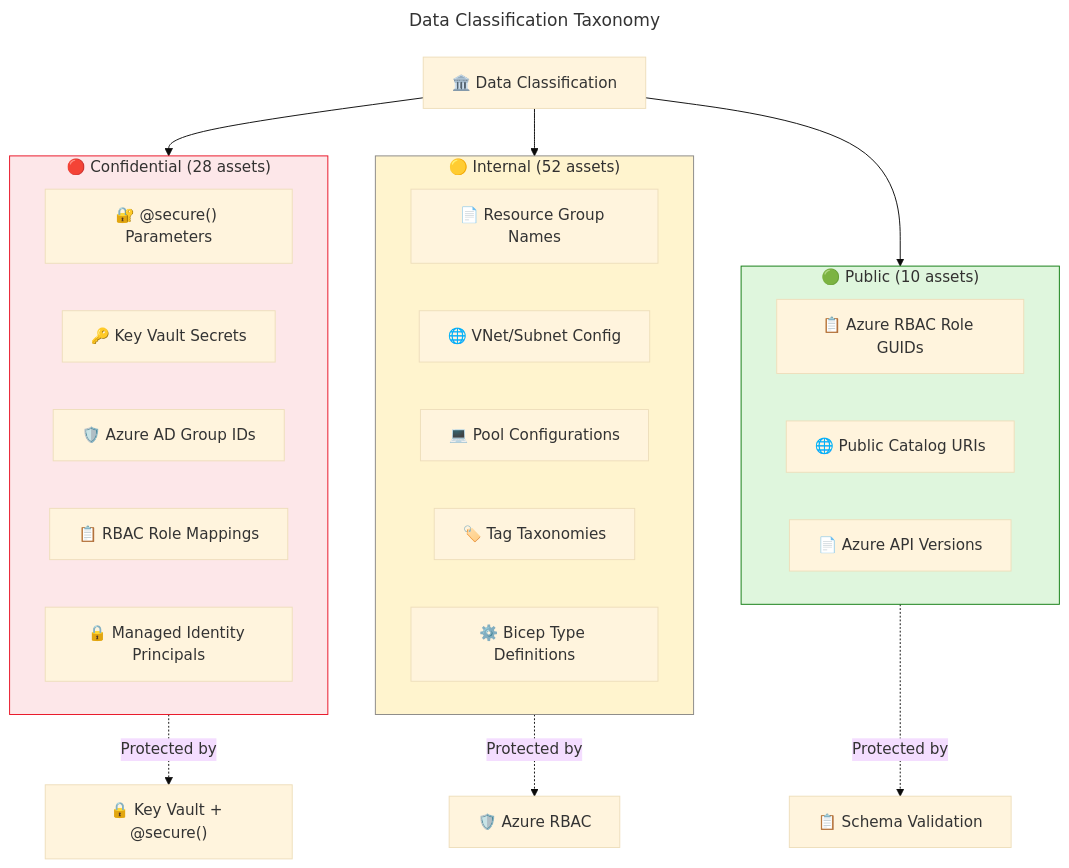
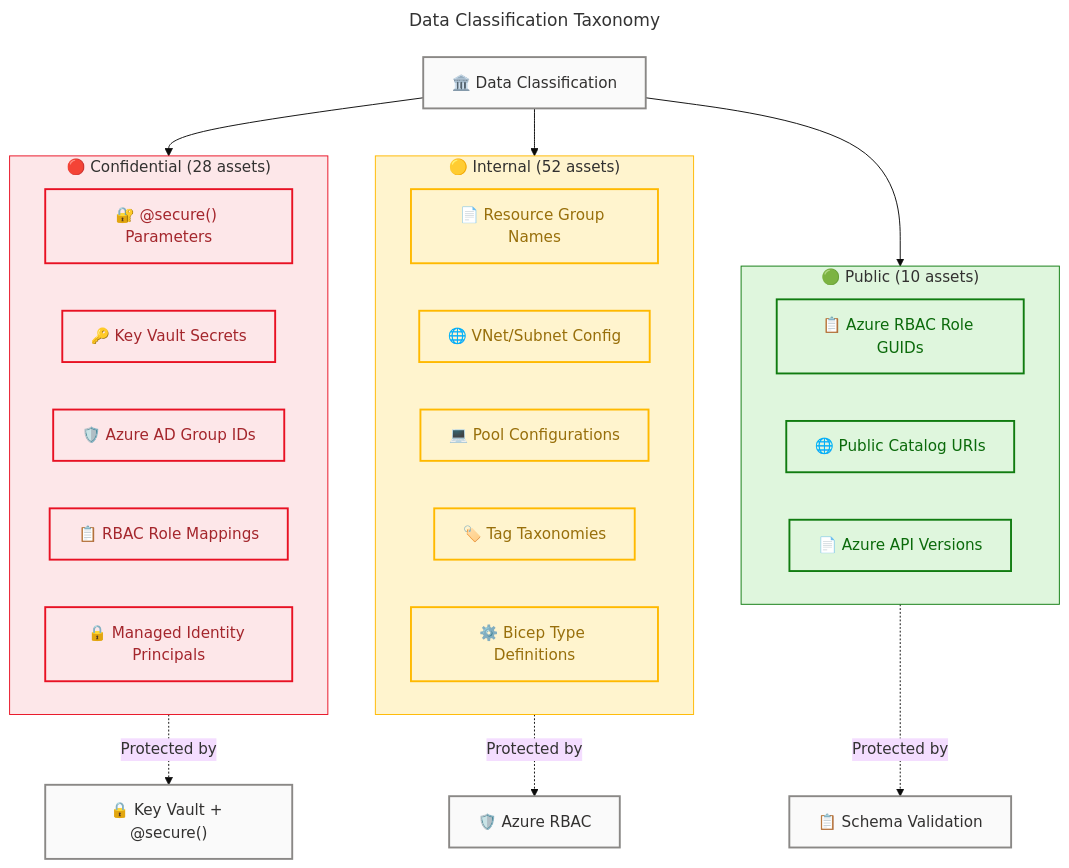
One commit to Evilazaro/DevExp-DevBox changed the fourth of 9 diagrams in docs/architecture/data-architecture.md. Above: the diagram before and after it, drawn with Mermaid.

Commit message:
style: enhance flowchart color coding for data classification taxonomy to improve clarity

````diff
--- a/docs/architecture/data-architecture.md
+++ b/docs/architecture/data-architecture.md
@@ -458,60 +458,65 @@
 ```mermaid
 ---
 title: Data Classification Taxonomy
 config:
   theme: base
   look: classic
   layout: dagre
   themeVariables:
     fontSize: '16px'
 ---
 flowchart TD
     %% ═══════════════════════════════════════════════════════════════════════════
     %% AZURE / FLUENT ARCHITECTURE PATTERN v1.1
     %% (Semantic + Structural + Font + Accessibility Governance)
     %% ═══════════════════════════════════════════════════════════════════════════
     %% PHASE 1 - STRUCTURAL: Direction explicit, flat topology, nesting ≤ 3
     %% PHASE 2 - SEMANTIC: Colors justified, max 5 semantic classes, neutral-first
     %% PHASE 3 - FONT: Dark text on light backgrounds, contrast ≥ 4.5:1
     %% PHASE 4 - ACCESSIBILITY: accTitle/accDescr present, icons on all nodes
     %% PHASE 5 - STANDARD: Governance block present, classDefs centralized
     %% ═══════════════════════════════════════════════════════════════════════════
 
     accTitle: Data Classification Taxonomy
     accDescr: Hierarchical classification of data assets from confidential through internal to public with protection controls
 
-    ROOT["🏛️ Data Classification"]
+    ROOT["🏛️ Data Classification"]:::neutral
 
     subgraph CONF["🔴 Confidential (28 assets)"]
-        C1["🔐 @secure() Parameters"]
-        C2["🔑 Key Vault Secrets"]
-        C3["🛡️ Azure AD Group IDs"]
-        C4["📋 RBAC Role Mappings"]
-        C5["🔒 Managed Identity Principals"]
+        C1["🔐 @secure() Parameters"]:::danger
+        C2["🔑 Key Vault Secrets"]:::danger
+        C3["🛡️ Azure AD Group IDs"]:::danger
+        C4["📋 RBAC Role Mappings"]:::danger
+        C5["🔒 Managed Identity Principals"]:::danger
     end
     style CONF fill:#FDE7E9,stroke:#E81123,color:#323130
 
     subgraph INT["🟡 Internal (52 assets)"]
-        I1["📄 Resource Group Names"]
-        I2["🌐 VNet/Subnet Config"]
-        I3["💻 Pool Configurations"]
-        I4["🏷️ Tag Taxonomies"]
-        I5["⚙️ Bicep Type Definitions"]
+        I1["📄 Resource Group Names"]:::warning
+        I2["🌐 VNet/Subnet Config"]:::warning
+        I3["💻 Pool Configurations"]:::warning
+        I4["🏷️ Tag Taxonomies"]:::warning
+        I5["⚙️ Bicep Type Definitions"]:::warning
     end
-    style INT fill:#FFF4CE,stroke:#8A8886,color:#323130
+    style INT fill:#FFF4CE,stroke:#FFB900,color:#323130
 
     subgraph PUB["🟢 Public (10 assets)"]
-        P1["📋 Azure RBAC Role GUIDs"]
-        P2["🌐 Public Catalog URIs"]
-        P3["📄 Azure API Versions"]
+        P1["📋 Azure RBAC Role GUIDs"]:::success
+        P2["🌐 Public Catalog URIs"]:::success
+        P3["📄 Azure API Versions"]:::success
     end
     style PUB fill:#DFF6DD,stroke:#107C10,color:#323130
 
     ROOT --> CONF
     ROOT --> INT
     ROOT --> PUB
 
-    CONF -.->|"Protected by"| PROT1["🔒 Key Vault + @secure()"]
-    INT -.->|"Protected by"| PROT2["🛡️ Azure RBAC"]
-    PUB -.->|"Protected by"| PROT3["📋 Schema Validation"]
+    CONF -.->|"Protected by"| PROT1["🔒 Key Vault + @secure()"]:::neutral
+    INT -.->|"Protected by"| PROT2["🛡️ Azure RBAC"]:::neutral
+    PUB -.->|"Protected by"| PROT3["📋 Schema Validation"]:::neutral
+
+    classDef neutral fill:#FAFAFA,stroke:#8A8886,stroke-width:2px,color:#323130
+    classDef danger fill:#FDE7E9,stroke:#E81123,stroke-width:2px,color:#A4262C
+    classDef warning fill:#FFF4CE,stroke:#FFB900,stroke-width:2px,color:#986F0B
+    classDef success fill:#DFF6DD,stroke:#107C10,stroke-width:2px,color:#0B6A0B
 ```
````
